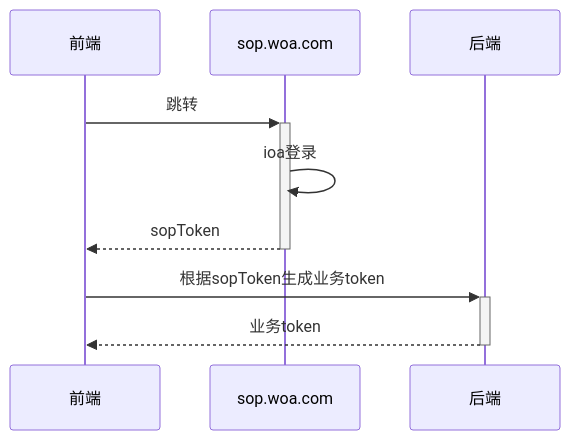
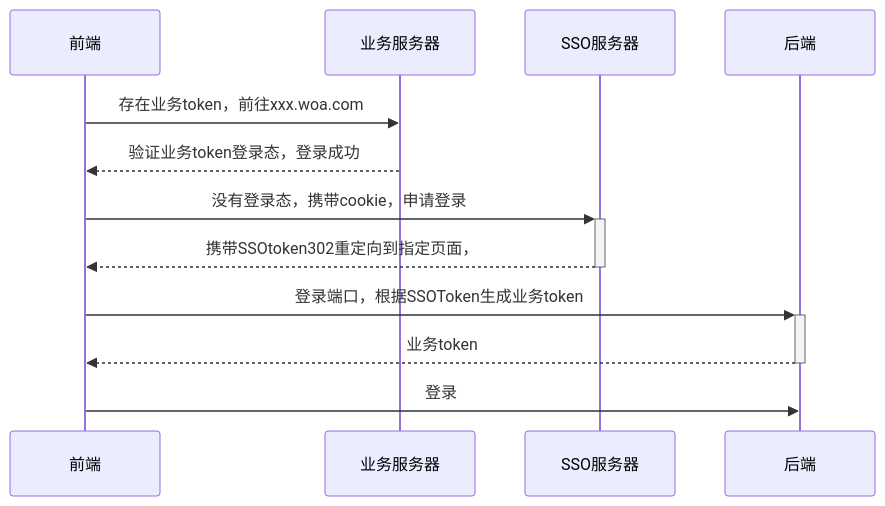
One commit to wabicai/frontend-study changed the first of 5 diagrams in 项目方案设计/2、远程调试.md. Above: the diagram before and after it, drawn with Mermaid.

Commit message:
fix:修改鹰眼登录流程图

````diff
--- a/项目方案设计/2、远程调试.md
+++ b/项目方案设计/2、远程调试.md
@@ -3,9 +3,11 @@
 ```mermaid
 sequenceDiagram 
-            前端->>+sop.woa.com : 跳转
-            sop.woa.com ->> sop.woa.com : ioa登录
-            sop.woa.com-->>-前端 : sopToken
-            前端->>+后端 : 根据sopToken生成业务token
-            后端-->>-前端 : 业务token
+    前端 ->> 业务服务器: 存在业务token，前往xxx.woa.com
+    业务服务器 -->> 前端: 验证业务token登录态，登录成功
+    前端 ->>+ SSO服务器: 没有登录态，携带cookie，申请登录
+    SSO服务器 -->>- 前端: 携带SSOtoken302重定向到指定页面，
+    前端->>+后端 : 登录端口，根据SSOToken生成业务token
+    后端-->>-前端 : 业务token
+    前端 ->> 后端: 登录
 
 ```
````
